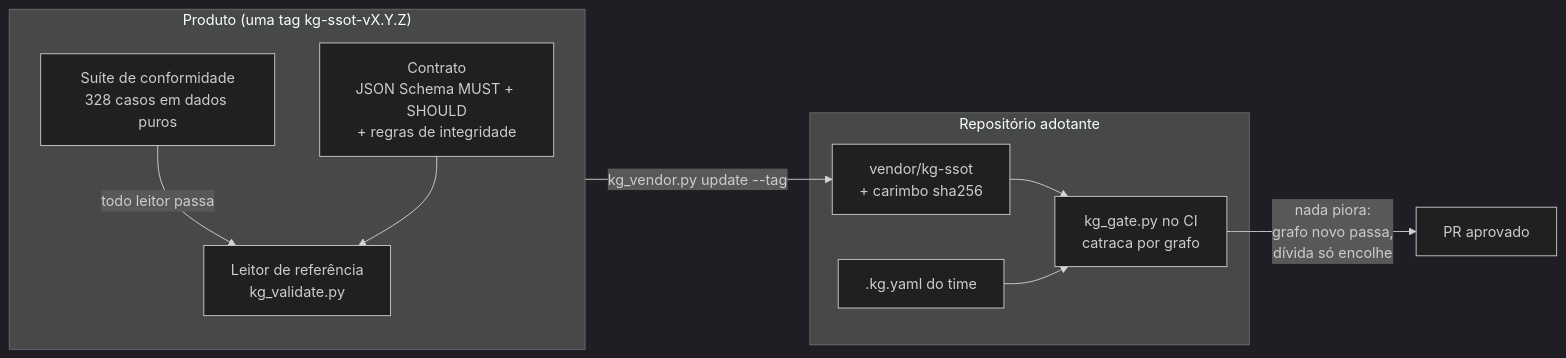
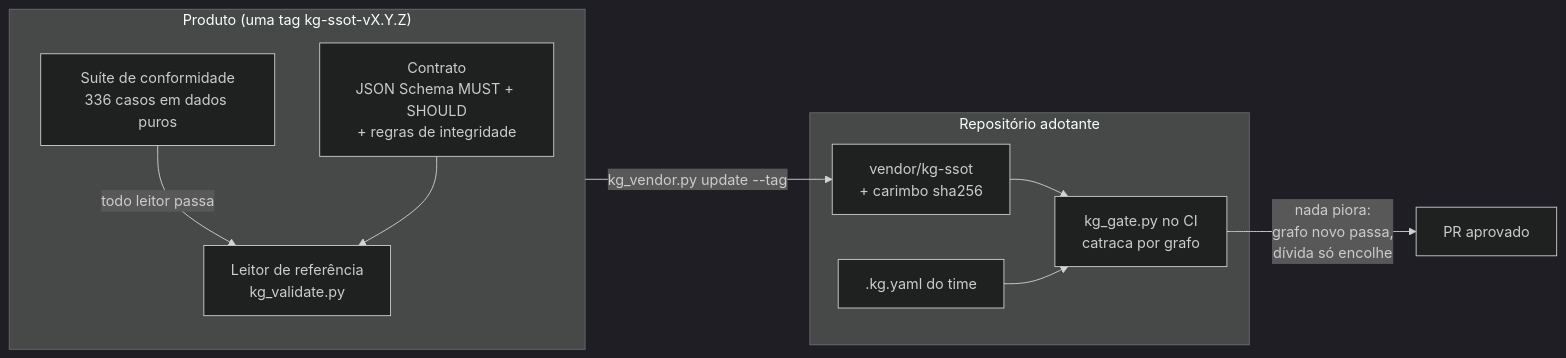
Before and after one commit to marciocar/kg-ssot: the diagram in README.md, drawn with Mermaid (dark theme). The commit also changed other lines of this file and 26 other files, not shown here.

````diff
--- a/README.md
+++ b/README.md
@@ -90,19 +90,19 @@
 ```mermaid
 flowchart LR
   subgraph produto["Produto (uma tag kg-ssot-vX.Y.Z)"]
     C["Contrato<br/>JSON Schema MUST + SHOULD<br/>+ regras de integridade"]
-    S["Suíte de conformidade<br/>328 casos em dados puros"]
+    S["Suíte de conformidade<br/>336 casos em dados puros"]
     R["Leitor de referência<br/>kg_validate.py"]
     S -- "todo leitor passa" --> R
     C --> R
   end
   subgraph adotante["Repositório adotante"]
     V["vendor/kg-ssot<br/>+ carimbo sha256"]
     G["kg_gate.py no CI<br/>catraca por grafo"]
     K[".kg.yaml do time"]
     V --> G
     K --> G
   end
   produto -- "kg_vendor.py update --tag" --> V
   G -- "nada piora:<br/>grafo novo passa,<br/>dívida só encolhe" --> PR["PR aprovado"]
 ```
````
